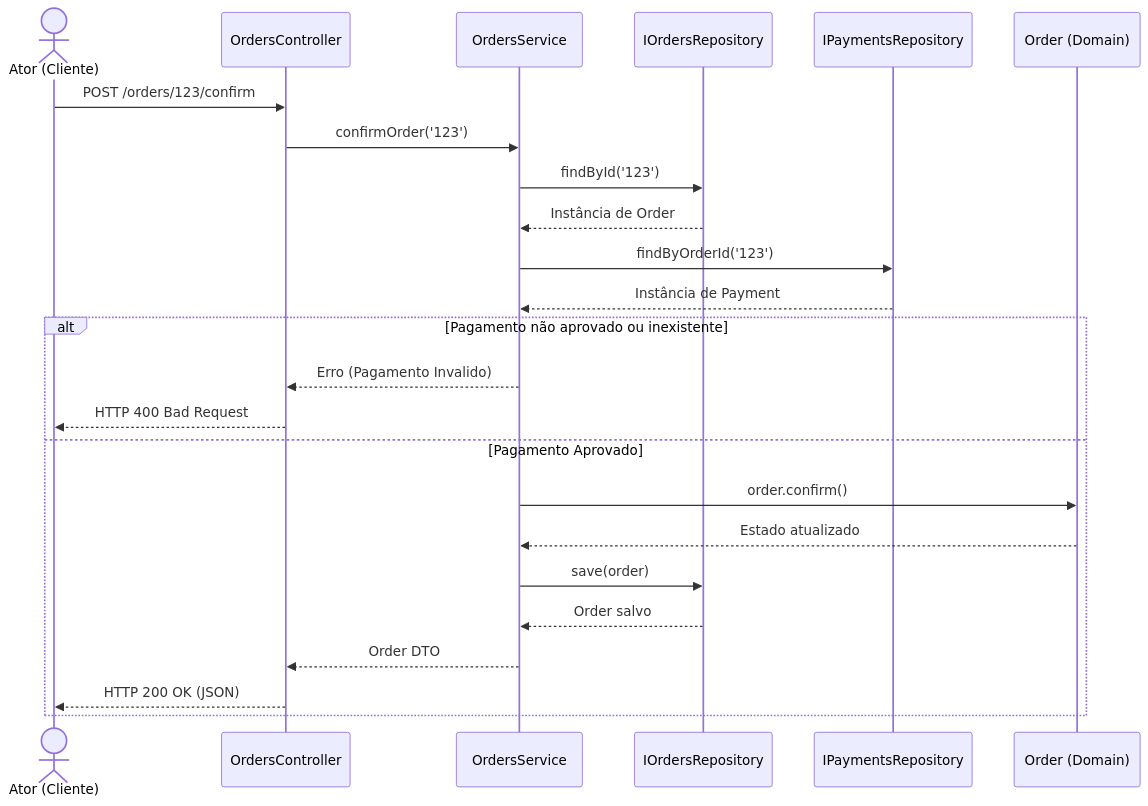
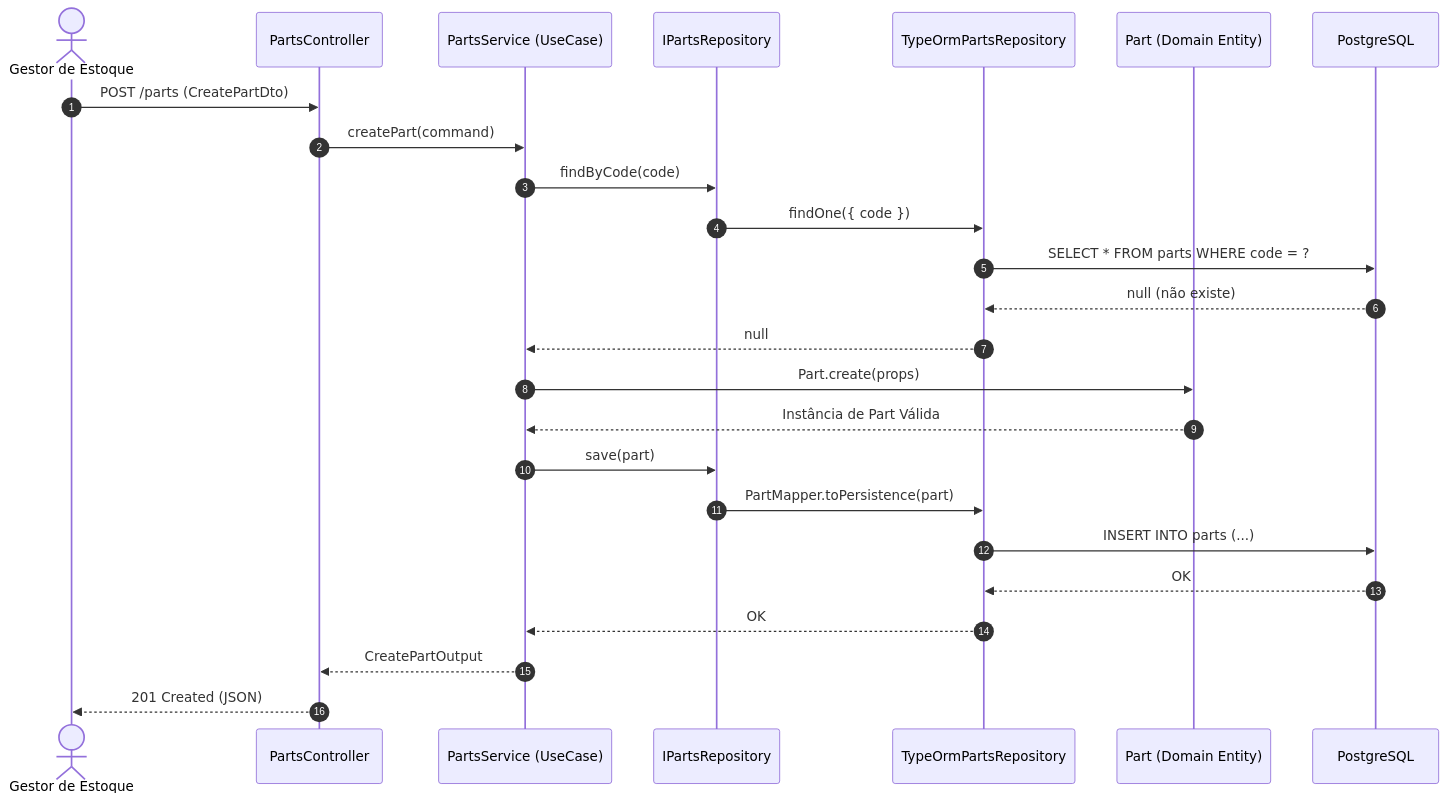
One commit to peaga21/AutoFlow changed the third of 4 diagrams in blueprint_autoflow.md. Above: the diagram before and after it, drawn with Mermaid. The commit also changed other lines of this file and 16 other files, not shown here.

````diff
--- a/blueprint_autoflow.md
+++ b/blueprint_autoflow.md
@@ -274,27 +311,31 @@
 ```mermaid
 sequenceDiagram
-    actor A as Ator (Cliente)
-    participant C as OrdersController
-    participant APP as OrdersService
-    participant PO as IOrdersRepository
-    participant PP as IPaymentsRepository
-    participant D as Order (Domain)
+    autonumber
+    actor G as Gestor de Estoque
+    participant C as PartsController
+    participant APP as PartsService (UseCase)
+    participant PORT as IPartsRepository
+    participant ADP as TypeOrmPartsRepository
+    participant D as Part (Domain Entity)
+    participant DB as PostgreSQL
 
-    A->>C: POST /orders/123/confirm
-    C->>APP: confirmOrder('123')
-    APP->>PO: findById('123')
-    PO-->>APP: Instância de Order
-    APP->>PP: findByOrderId('123')
-    PP-->>APP: Instância de Payment
-    alt Pagamento não aprovado ou inexistente
-        APP-->>C: Erro (Pagamento Invalido)
-        C-->>A: HTTP 400 Bad Request
-    else Pagamento Aprovado
-        APP->>D: order.confirm()
-        D-->>APP: Estado atualizado
-        APP->>PO: save(order)
-        PO-->>APP: Order salvo
-        APP-->>C: Order DTO
-        C-->>A: HTTP 200 OK (JSON)
-    end
+    G->>C: POST /parts (CreatePartDto)
+    C->>APP: createPart(command)
+    APP->>PORT: findByCode(code)
+    PORT->>ADP: findOne({ code })
+    ADP->>DB: SELECT * FROM parts WHERE code = ?
+    DB-->>ADP: null (não existe)
+    ADP-->>APP: null
+    
+    APP->>D: Part.create(props)
+    D-->>APP: Instância de Part Válida
+    
+    APP->>PORT: save(part)
+    PORT->>ADP: PartMapper.toPersistence(part)
+    ADP->>DB: INSERT INTO parts (...)
+    DB-->>ADP: OK
+    ADP-->>APP: OK
+    
+    APP-->>C: CreatePartOutput
+    C-->>G: 201 Created (JSON)
 ```
````
